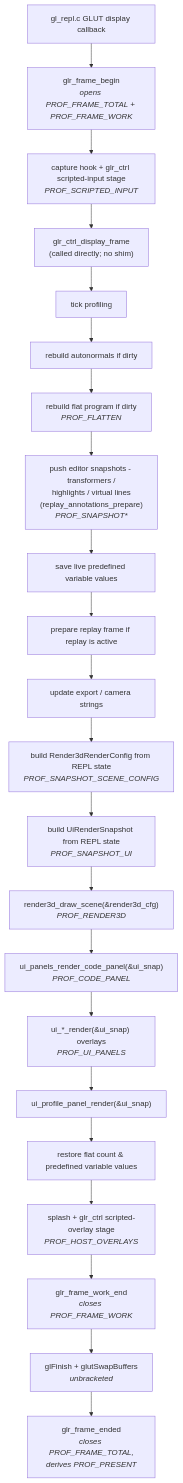
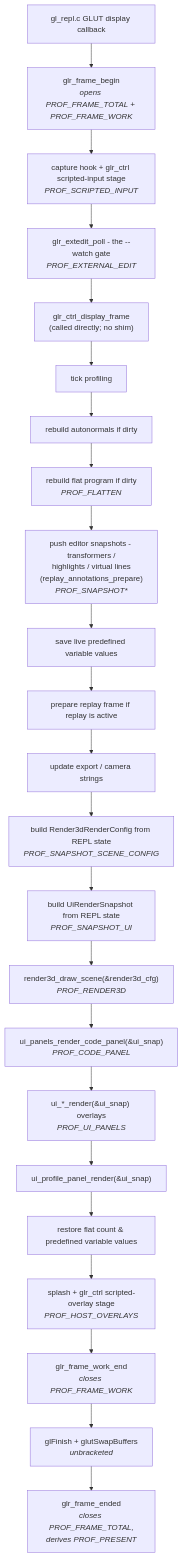
One commit to drewwoods/gl-repl changed the first of 2 diagrams in docs/ARCHITECTURE.md. Above: the diagram before and after it, drawn with Mermaid. The commit also changed other lines of this file and 19 other files, not shown here.

First line of the commit message:
app(extedit): --watch, the external-editor sync gate

````diff
--- a/docs/ARCHITECTURE.md
+++ b/docs/ARCHITECTURE.md
@@ -133,24 +133,25 @@
 ```mermaid
 flowchart TD
     cb["gl_repl.c GLUT display callback"] --> fb["glr_frame_begin<br/><i>opens PROF_FRAME_TOTAL + PROF_FRAME_WORK</i>"]
     fb --> si["capture hook + glr_ctrl scripted-input stage<br/><i>PROF_SCRIPTED_INPUT</i>"]
-    si --> frame["glr_ctrl_display_frame<br/>(called directly; no shim)"]
+    si --> we["glr_extedit_poll - the --watch gate<br/><i>PROF_EXTERNAL_EDIT</i>"]
+    we --> frame["glr_ctrl_display_frame<br/>(called directly; no shim)"]
     frame --> s1["tick profiling"]
     s1 --> s2["rebuild autonormals if dirty"]
     s2 --> s3["rebuild flat program if dirty<br/><i>PROF_FLATTEN</i>"]
     s3 --> s4["push editor snapshots - transformers /<br/>highlights / virtual lines<br/>(replay_annotations_prepare)<br/><i>PROF_SNAPSHOT*</i>"]
     s4 --> s5["save live predefined variable values"]
     s5 --> s6["prepare replay frame if replay is active"]
     s6 --> s7["update export / camera strings"]
     s7 --> s8["build Render3dRenderConfig from REPL state<br/><i>PROF_SNAPSHOT_SCENE_CONFIG</i>"]
     s8 --> s9["build UiRenderSnapshot from REPL state<br/><i>PROF_SNAPSHOT_UI</i>"]
     s9 --> s10["render3d_draw_scene(&render3d_cfg)<br/><i>PROF_RENDER3D</i>"]
     s10 --> s11["ui_panels_render_code_panel(&ui_snap)<br/><i>PROF_CODE_PANEL</i>"]
     s11 --> s12["ui_*_render(&ui_snap) overlays<br/><i>PROF_UI_PANELS</i>"]
     s12 --> s13["ui_profile_panel_render(&ui_snap)"]
     s13 --> s14["restore flat count & predefined variable values"]
     s14 --> h1["splash + glr_ctrl scripted-overlay stage<br/><i>PROF_HOST_OVERLAYS</i>"]
     h1 --> fe["glr_frame_work_end<br/><i>closes PROF_FRAME_WORK</i>"]
     fe --> h2["glFinish + glutSwapBuffers<br/><i>unbracketed</i>"]
     h2 --> fx["glr_frame_ended<br/><i>closes PROF_FRAME_TOTAL,<br/>derives PROF_PRESENT</i>"]
 ```
````
